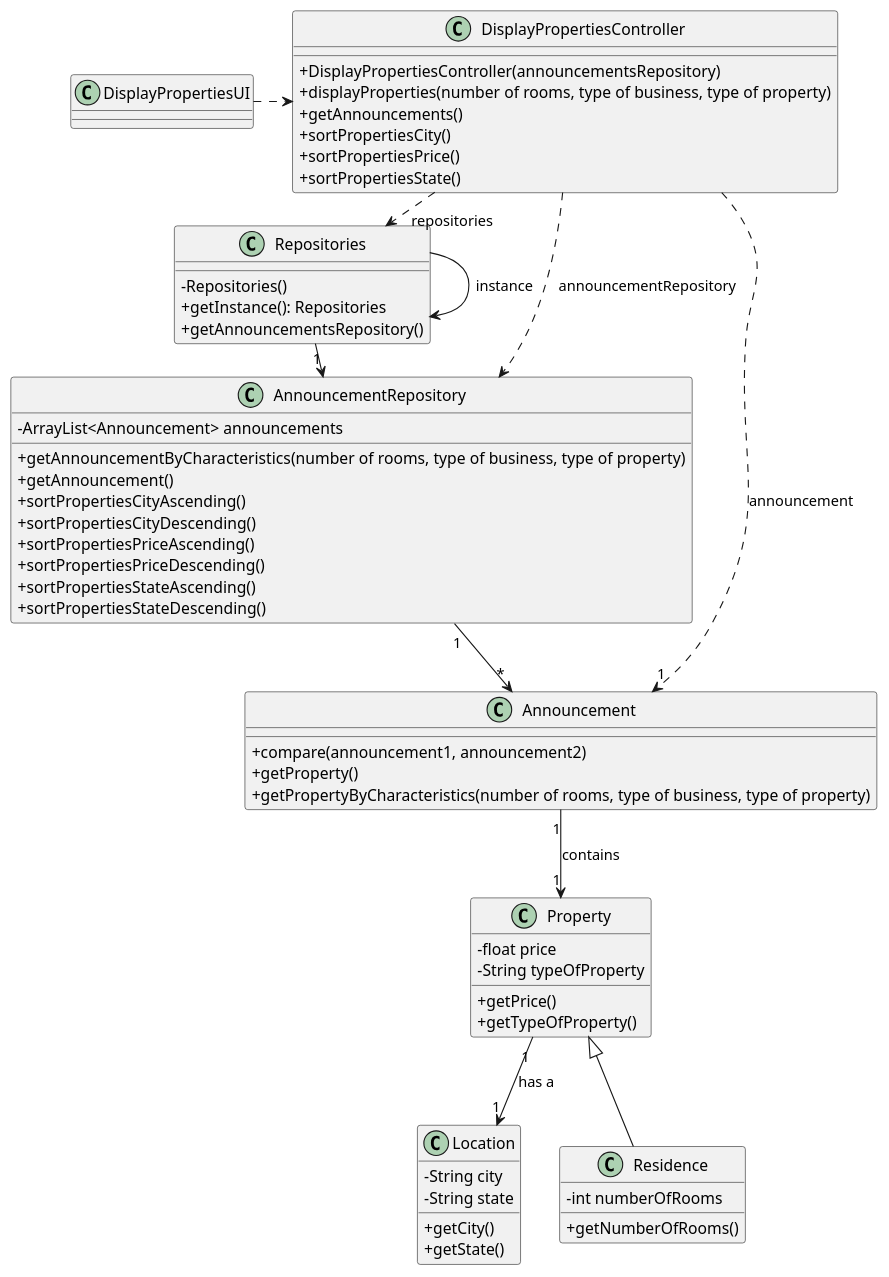
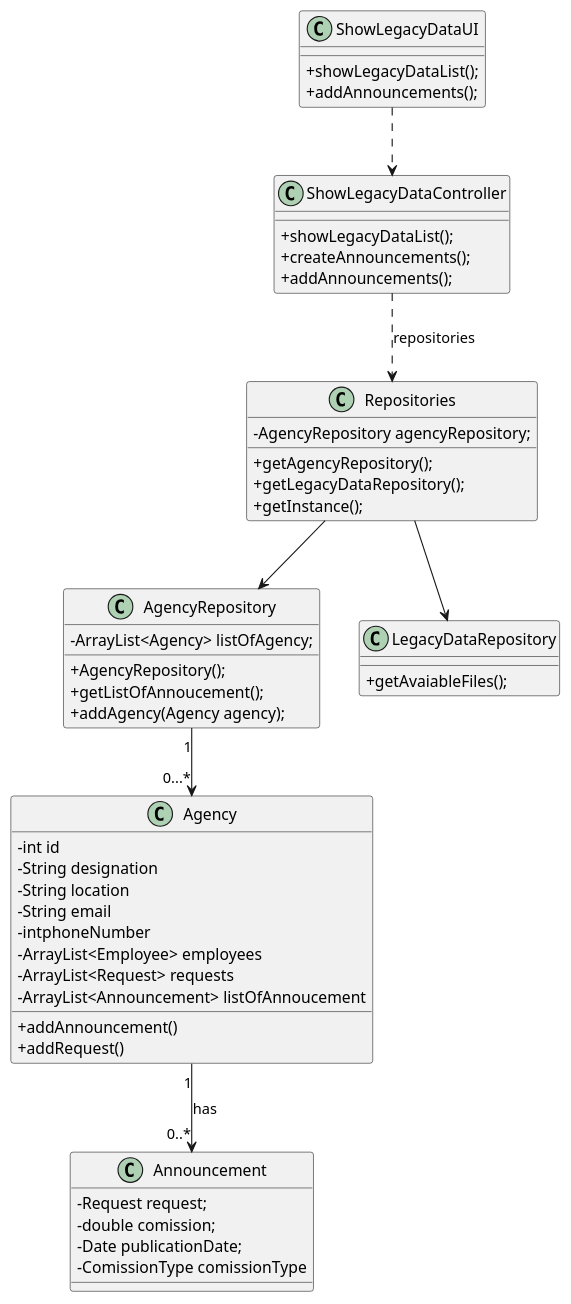
The diagram in docs/sprintC/us012/03.design/puml/us012-class-diagram.puml (1220812/LAPR2), drawn with PlantUML before and after one commit. The commit also changed 4 other files, not shown here.

Commit message:
Completed the Read me from us012 Finished the class diagram and sequence diagram from us012

```diff
--- a/docs/sprintC/us012/03.design/puml/us012-class-diagram.puml
+++ b/docs/sprintC/us012/03.design/puml/us012-class-diagram.puml
@@ -1,83 +1,70 @@
 @startuml
 'skinparam monochrome true
 skinparam packageStyle rectangle
 skinparam shadowing false
 skinparam linetype polyline
-skinparam linetype orto
+'skinparam linetype orto
 
 skinparam classAttributeIconSize 0
 
 'left to right direction
 
-class Property{
--float price
--String typeOfProperty
-+getPrice()
-+getTypeOfProperty()
+class ShowLegacyDataUI{
++showLegacyDataList();
++addAnnouncements();
 }
 
-class Location{
--String city
--String state
-+getCity()
-+getState()
+class ShowLegacyDataController{
++showLegacyDataList();
++createAnnouncements();
++addAnnouncements();
 }
 
-class Residence{
--int numberOfRooms
-+getNumberOfRooms()
-}
-
-class DisplayPropertiesUI{
-}
-
-class DisplayPropertiesController{
-+DisplayPropertiesController(announcementsRepository)
-+displayProperties(number of rooms, type of business, type of property)
-+getAnnouncements()
-+sortPropertiesCity()
-+sortPropertiesPrice()
-+sortPropertiesState()
-}
-
-class Announcement{
-+compare(announcement1, announcement2)
-+getProperty()
-+getPropertyByCharacteristics(number of rooms, type of business, type of property)
+class AgencyRepository{
+-ArrayList<Agency> listOfAgency;
++AgencyRepository();
++getListOfAnnoucement();
++addAgency(Agency agency);
 }
 
 class Repositories{
--Repositories()
-+getInstance(): Repositories
-+getAnnouncementsRepository()
+-AgencyRepository agencyRepository;
++getAgencyRepository();
++getLegacyDataRepository();
++getInstance();
 }
 
-class AnnouncementRepository{
--ArrayList<Announcement> announcements
-+getAnnouncementByCharacteristics(number of rooms, type of business, type of property)
-+getAnnouncement()
-+sortPropertiesCityAscending()
-+sortPropertiesCityDescending()
-+sortPropertiesPriceAscending()
-+sortPropertiesPriceDescending()
-+sortPropertiesStateAscending()
-+sortPropertiesStateDescending()
+class LegacyDataRepository{
++getAvaiableFiles();
 }
 
 
-Repositories -> Repositories : instance
+class Announcement{
+-Request request;
+-double comission;
+-Date publicationDate;
+-ComissionType comissionType
+}
 
-DisplayPropertiesUI .> DisplayPropertiesController
-DisplayPropertiesController .> Repositories : repositories
+class Agency{
+   -int id
+   -String designation
+    -String location
+    -String email
+    -intphoneNumber
+    -ArrayList<Employee> employees
+    -ArrayList<Request> requests
+    -ArrayList<Announcement> listOfAnnoucement
+    +addAnnouncement()
+    +addRequest()
+}
 
-Repositories -> "1" AnnouncementRepository
+ShowLegacyDataUI ..> ShowLegacyDataController
+ShowLegacyDataController ..> Repositories : repositories
+Repositories --> AgencyRepository
+Repositories --> LegacyDataRepository
+AgencyRepository "1" --> "0...*" Agency
+Agency "1" --> "0..*" Announcement : has
 
-DisplayPropertiesController ..> AnnouncementRepository : announcementRepository
-
-AnnouncementRepository "1" --> "*" Announcement
-DisplayPropertiesController ..> "1" Announcement : announcement
-Announcement "1" --> "1" Property : contains
-Property <|-- Residence
-Property "1" --> "1" Location : has a
 
 @enduml
```
